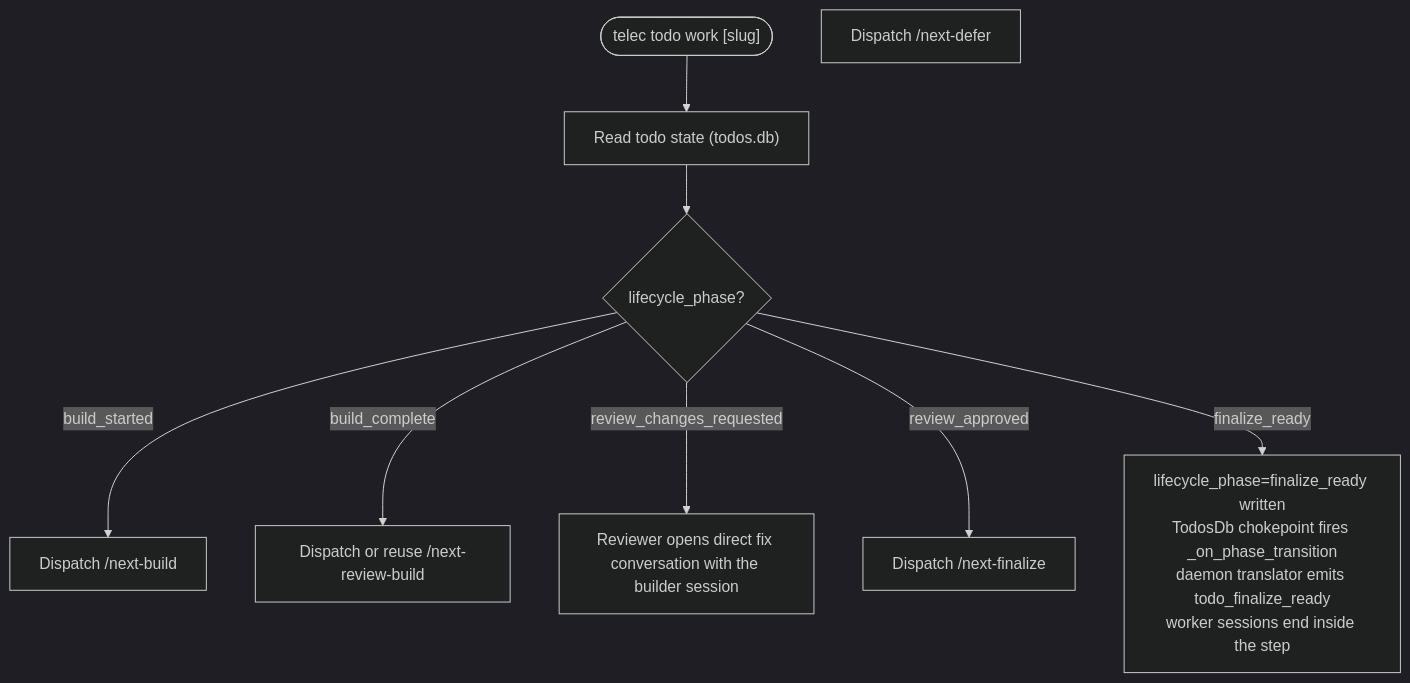
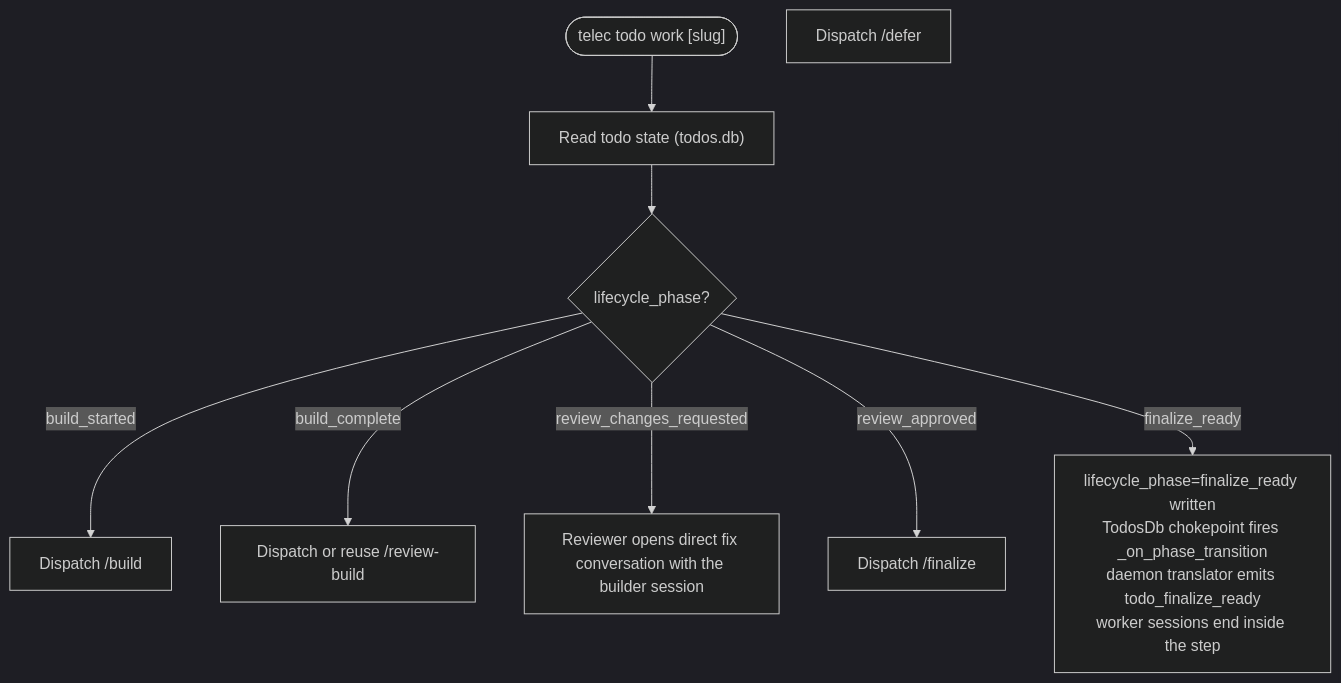
One commit to InstruktAI/TeleClaude changed the second of 5 diagrams in docs/project/design/architecture/work-state-machine.md. Above: the diagram before and after it, drawn with Mermaid (dark theme). The commit also changed other lines of this file and 316 other files, not shown here.

````diff
--- a/docs/project/design/architecture/work-state-machine.md
+++ b/docs/project/design/architecture/work-state-machine.md
@@ -134,22 +133,22 @@
 ```mermaid
 flowchart TD
     Start(["telec todo work [slug]"])
     ReadState["Read todo state (todos.db)"]
     PhaseCheck{"lifecycle_phase?"}
 
-    DispatchBuild["Dispatch /next-build"]
-    DispatchReview["Dispatch or reuse /next-review-build"]
+    DispatchBuild["Dispatch /build"]
+    DispatchReview["Dispatch or reuse /review-build"]
     DispatchFix["Reviewer opens direct fix conversation with the builder session"]
-    DispatchDefer["Dispatch /next-defer"]
-    DispatchFinalize["Dispatch /next-finalize"]
+    DispatchDefer["Dispatch /defer"]
+    DispatchFinalize["Dispatch /finalize"]
     Terminal["lifecycle_phase=finalize_ready written<br/>TodosDb chokepoint fires _on_phase_transition<br/>daemon translator emits todo_finalize_ready<br/>worker sessions end inside the step"]
 
     Start --> ReadState
     ReadState --> PhaseCheck
 
     PhaseCheck -->|"build_started"| DispatchBuild
     PhaseCheck -->|"build_complete"| DispatchReview
     PhaseCheck -->|"review_changes_requested"| DispatchFix
     PhaseCheck -->|"review_approved"| DispatchFinalize
     PhaseCheck -->|"finalize_ready"| Terminal
 ```
````
